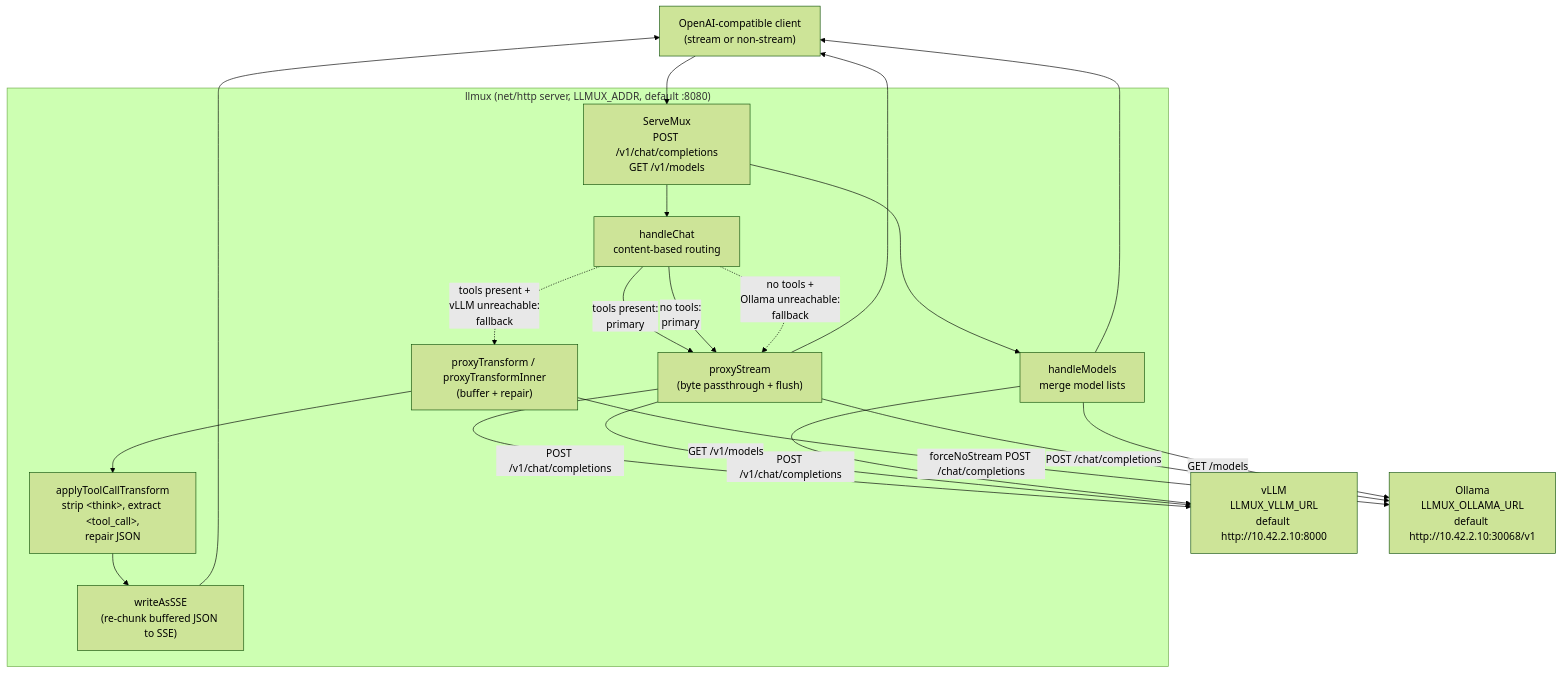
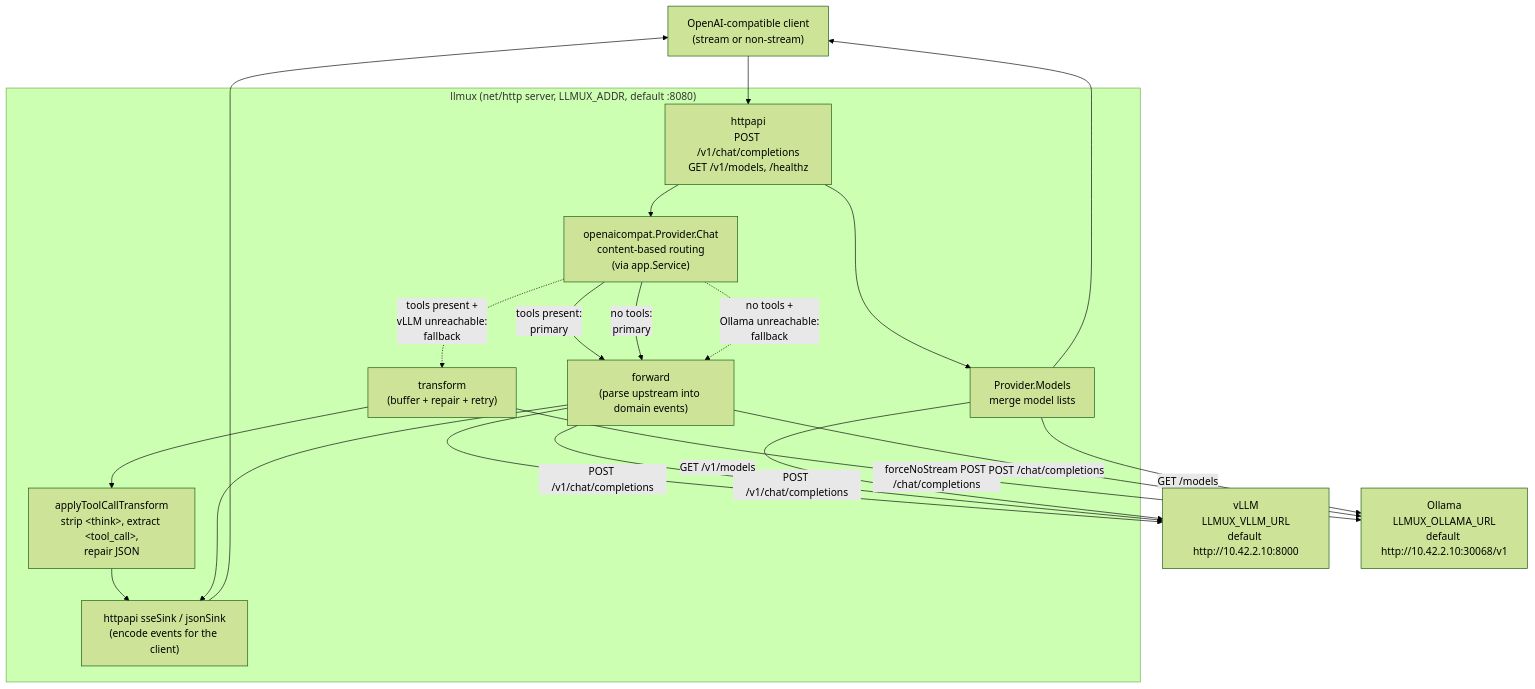
One commit to gjcourt/llmux changed the diagram in docs/architecture/2026-07-25-overview.md. Above: the diagram before and after it, drawn with Mermaid (forest theme). The commit also changed other lines of this file and 22 other files, not shown here.

````diff
--- a/docs/architecture/2026-07-25-overview.md
+++ b/docs/architecture/2026-07-25-overview.md
@@ -38,40 +38,40 @@
 ```mermaid
 flowchart TD
     client["OpenAI-compatible client<br/>(stream or non-stream)"]
 
     subgraph llmux["llmux (net/http server, LLMUX_ADDR, default :8080)"]
-        mux["ServeMux<br/>POST /v1/chat/completions<br/>GET /v1/models"]
-        chat["handleChat<br/>content-based routing"]
-        stream["proxyStream<br/>(byte passthrough + flush)"]
-        transform["proxyTransform / proxyTransformInner<br/>(buffer + repair)"]
+        mux["httpapi<br/>POST /v1/chat/completions<br/>GET /v1/models, /healthz"]
+        chat["openaicompat.Provider.Chat<br/>content-based routing<br/>(via app.Service)"]
+        stream["forward<br/>(parse upstream into domain events)"]
+        transform["transform<br/>(buffer + repair + retry)"]
         xf["applyToolCallTransform<br/>strip &lt;think&gt;, extract &lt;tool_call&gt;,<br/>repair JSON"]
-        sse["writeAsSSE<br/>(re-chunk buffered JSON to SSE)"]
-        models["handleModels<br/>merge model lists"]
+        sse["httpapi sseSink / jsonSink<br/>(encode events for the client)"]
+        models["Provider.Models<br/>merge model lists"]
     end
 
     vllm["vLLM<br/>LLMUX_VLLM_URL<br/>default http://10.42.2.10:8000"]
     ollama["Ollama<br/>LLMUX_OLLAMA_URL<br/>default http://10.42.2.10:30068/v1"]
 
     client --> mux
     mux --> chat
     mux --> models
 
     chat -->|"tools present:<br/>primary"| stream
     stream -->|POST /v1/chat/completions| vllm
     chat -.->|"tools present +<br/>vLLM unreachable:<br/>fallback"| transform
     transform -->|"forceNoStream POST /chat/completions"| ollama
     transform --> xf
     xf --> sse
 
     chat -->|"no tools:<br/>primary"| stream
     stream -->|POST /chat/completions| ollama
     chat -.->|"no tools +<br/>Ollama unreachable:<br/>fallback"| stream
     stream -->|POST /v1/chat/completions| vllm
 
     models -->|GET /v1/models| vllm
     models -->|GET /models| ollama
 
+    stream --> sse
     sse --> client
-    stream --> client
     models --> client
 ```
````
